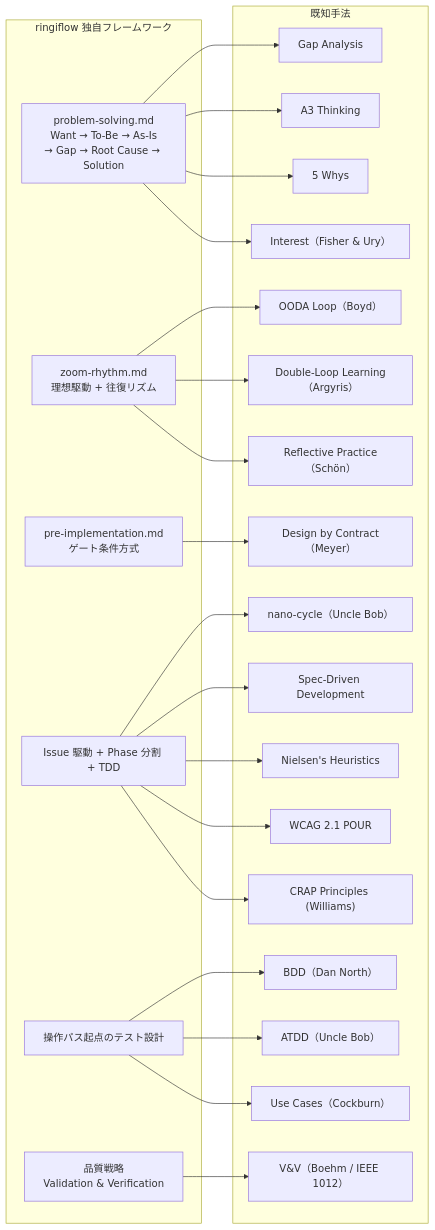
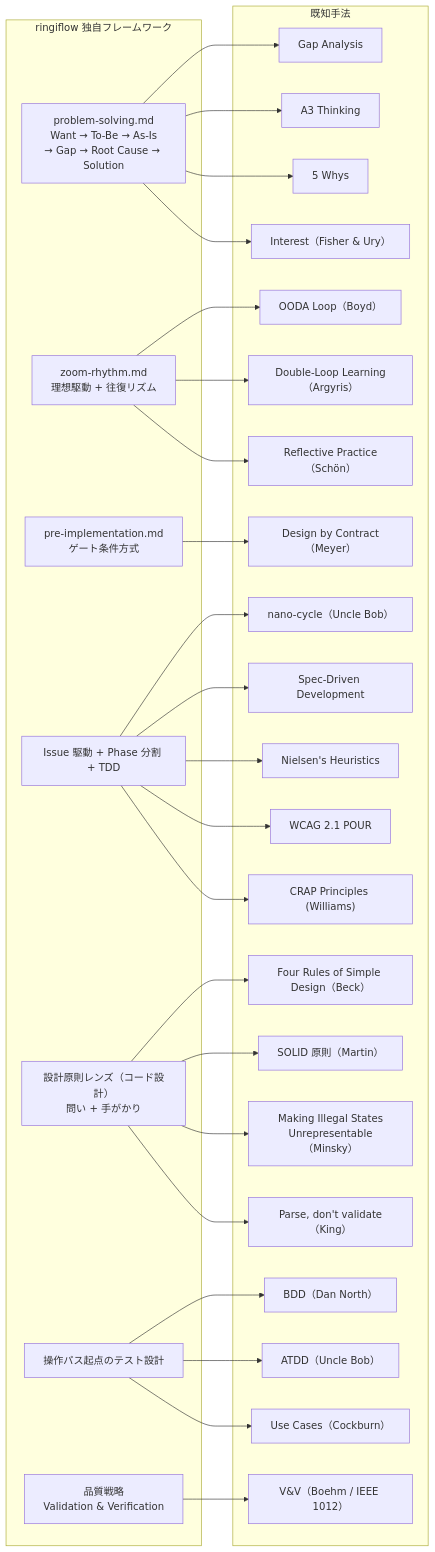
The diagram in docs/06_ナレッジベース/methodology/独自フレームワークと既知手法の対応.md (ka2kama/ringiflow), drawn with Mermaid before and after one commit. The commit also changed other lines of this file and 4 other files, not shown here.

````diff
--- a/docs/06_ナレッジベース/methodology/独自フレームワークと既知手法の対応.md
+++ b/docs/06_ナレッジベース/methodology/独自フレームワークと既知手法の対応.md
@@ -11,49 +11,58 @@
 ```mermaid
 flowchart LR
     subgraph ringiflow["ringiflow 独自フレームワーク"]
         PS["problem-solving.md<br/>Want → To-Be → As-Is<br/>→ Gap → Root Cause → Solution"]
         ZR["zoom-rhythm.md<br/>理想駆動 + 往復リズム"]
         PI["pre-implementation.md<br/>ゲート条件方式"]
         ID["Issue 駆動 + Phase 分割 + TDD"]
+        DPL["設計原則レンズ（コード設計）<br/>問い + 手がかり"]
         OP["操作パス起点のテスト設計"]
         QS["品質戦略<br/>Validation & Verification"]
     end
 
     subgraph known["既知手法"]
         GA["Gap Analysis"]
         A3["A3 Thinking"]
         FW["5 Whys"]
         INT["Interest（Fisher & Ury）"]
         OODA["OODA Loop（Boyd）"]
         DL["Double-Loop Learning（Argyris）"]
         RP["Reflective Practice（Schön）"]
         DbC["Design by Contract（Meyer）"]
         NC["nano-cycle（Uncle Bob）"]
         SDD["Spec-Driven Development"]
         VV["V&V（Boehm / IEEE 1012）"]
+        SD["Four Rules of Simple Design（Beck）"]
+        SOLID["SOLID 原則（Martin）"]
+        MISR["Making Illegal States<br/>Unrepresentable（Minsky）"]
+        PDV["Parse, don't validate（King）"]
         NH["Nielsen's Heuristics"]
         WCAG["WCAG 2.1 POUR"]
         CRAP["CRAP Principles (Williams)"]
         BDD["BDD（Dan North）"]
         ATDD["ATDD（Uncle Bob）"]
         CUC["Use Cases（Cockburn）"]
     end
 
     PS --> GA
     PS --> A3
     PS --> FW
     PS --> INT
     ZR --> OODA
     ZR --> DL
     ZR --> RP
     PI --> DbC
     ID --> NC
     ID --> SDD
     ID --> NH
     ID --> WCAG
     ID --> CRAP
+    DPL --> SD
+    DPL --> SOLID
+    DPL --> MISR
+    DPL --> PDV
     OP --> BDD
     OP --> ATDD
     OP --> CUC
     QS --> VV
 ```
````
